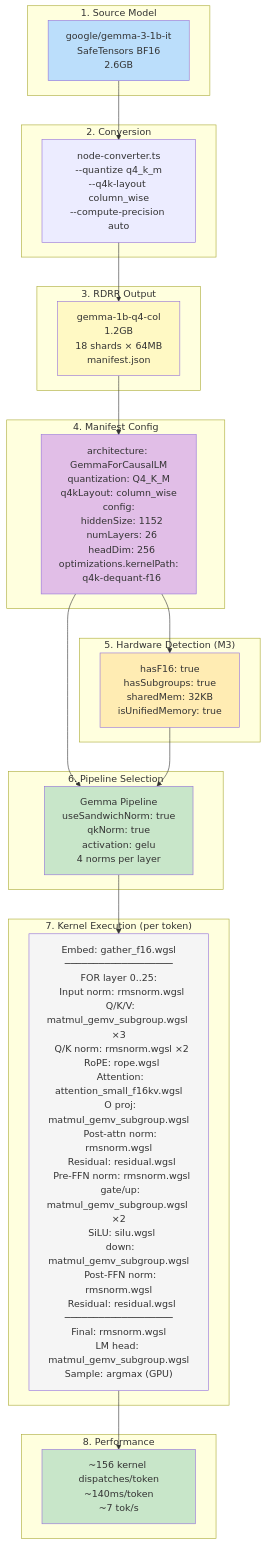
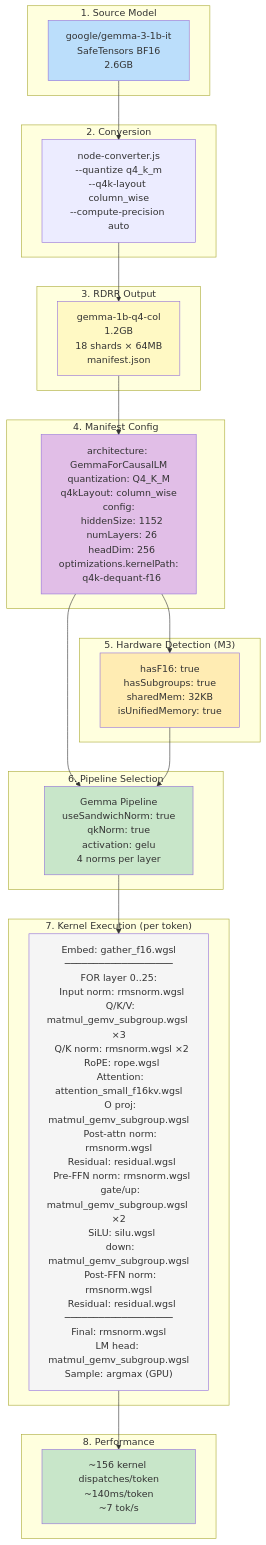
The ninth of 11 diagrams in docs/SYSTEM_FLOW.md (clocksmith/doppler), drawn with Mermaid before and after one commit. The commit also changed other lines of this file and 43 other files, not shown here.

````diff
--- a/docs/SYSTEM_FLOW.md
+++ b/docs/SYSTEM_FLOW.md
@@ -356,48 +356,48 @@
 ```mermaid
 graph TD
     subgraph Stage1["1. Source Model"]
         Source["google/gemma-3-1b-it<br/>SafeTensors BF16<br/>2.6GB"]
     end
 
     subgraph Stage2["2. Conversion"]
-        Conv["node-converter.ts<br/>--quantize q4_k_m<br/>--q4k-layout column_wise<br/>--compute-precision auto"]
+        Conv["node-converter.js<br/>--quantize q4_k_m<br/>--q4k-layout column_wise<br/>--compute-precision auto"]
     end
 
     subgraph Stage3["3. RDRR Output"]
         RDRR["gemma-1b-q4-col<br/>1.2GB<br/>18 shards × 64MB<br/>manifest.json"]
     end
 
     subgraph Stage4["4. Manifest Config"]
         Manifest["architecture: GemmaForCausalLM<br/>quantization: Q4_K_M<br/>q4kLayout: column_wise<br/>config:<br/>&nbsp;&nbsp;hiddenSize: 1152<br/>&nbsp;&nbsp;numLayers: 26<br/>&nbsp;&nbsp;headDim: 256<br/>optimizations.kernelPath:<br/>&nbsp;&nbsp;q4k-dequant-f16"]
     end
 
     subgraph Stage5["5. Hardware Detection (M3)"]
         HW["hasF16: true<br/>hasSubgroups: true<br/>sharedMem: 32KB<br/>isUnifiedMemory: true"]
     end
 
     subgraph Stage6["6. Pipeline Selection"]
         Pipeline["Gemma Pipeline<br/>useSandwichNorm: true<br/>qkNorm: true<br/>activation: gelu<br/>4 norms per layer"]
     end
 
     subgraph Stage7["7. Kernel Execution (per token)"]
         Kernels["Embed: gather_f16.wgsl<br/>───────────────────<br/>FOR layer 0..25:<br/>&nbsp;&nbsp;Input norm: rmsnorm.wgsl<br/>&nbsp;&nbsp;Q/K/V: matmul_gemv_subgroup.wgsl ×3<br/>&nbsp;&nbsp;Q/K norm: rmsnorm.wgsl ×2<br/>&nbsp;&nbsp;RoPE: rope.wgsl<br/>&nbsp;&nbsp;Attention: attention_small_f16kv.wgsl<br/>&nbsp;&nbsp;O proj: matmul_gemv_subgroup.wgsl<br/>&nbsp;&nbsp;Post-attn norm: rmsnorm.wgsl<br/>&nbsp;&nbsp;Residual: residual.wgsl<br/>&nbsp;&nbsp;Pre-FFN norm: rmsnorm.wgsl<br/>&nbsp;&nbsp;gate/up: matmul_gemv_subgroup.wgsl ×2<br/>&nbsp;&nbsp;SiLU: silu.wgsl<br/>&nbsp;&nbsp;down: matmul_gemv_subgroup.wgsl<br/>&nbsp;&nbsp;Post-FFN norm: rmsnorm.wgsl<br/>&nbsp;&nbsp;Residual: residual.wgsl<br/>───────────────────<br/>Final: rmsnorm.wgsl<br/>LM head: matmul_gemv_subgroup.wgsl<br/>Sample: argmax (GPU)"]
     end
 
     subgraph Stage8["8. Performance"]
         Perf["~156 kernel dispatches/token<br/>~140ms/token<br/>~7 tok/s"]
     end
 
     Source --> Conv --> RDRR --> Manifest
     Manifest --> HW
     Manifest --> Pipeline
     HW --> Pipeline
     Pipeline --> Kernels --> Perf
 
     style Source fill:#bbdefb
     style RDRR fill:#fff9c4
     style Manifest fill:#e1bee7
     style HW fill:#ffecb3
     style Pipeline fill:#c8e6c9
     style Kernels fill:#f5f5f5
     style Perf fill:#c8e6c9
 ```
````
